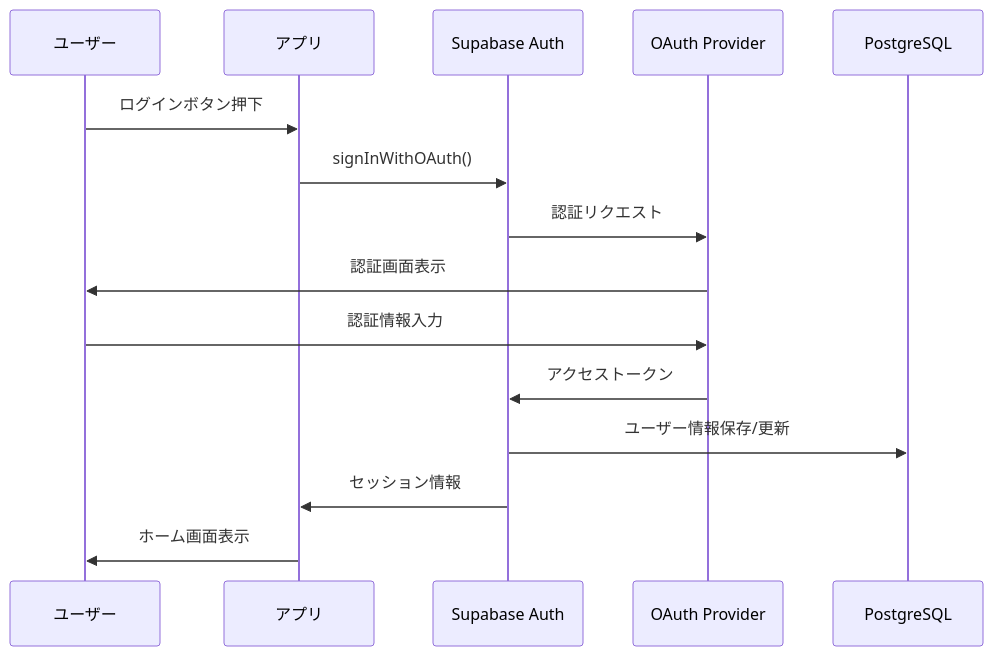
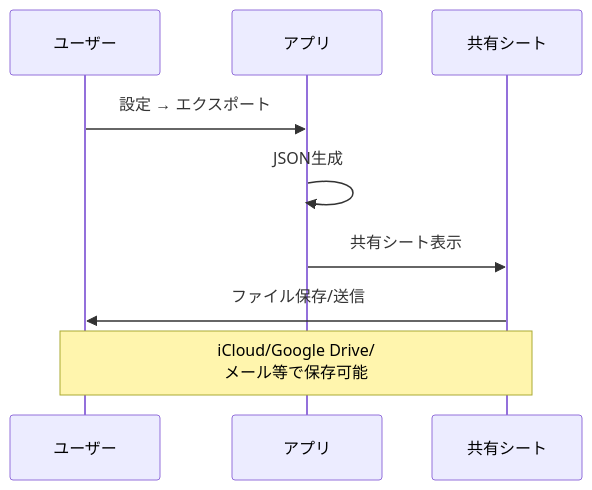
The third of 6 diagrams in docs/SYSTEM_ARCHITECTURE.md (Tetsuya4869/catDailyNoteApp), drawn with Mermaid before and after one commit. The commit also changed other lines of this file, not shown here.

First line of the commit message:
Simplify system architecture for small-scale free operation

````diff
--- a/docs/SYSTEM_ARCHITECTURE.md
+++ b/docs/SYSTEM_ARCHITECTURE.md
@@ -67,18 +74,13 @@
 ```mermaid
 sequenceDiagram
     participant User as ユーザー
     participant App as アプリ
-    participant Auth as Supabase Auth
-    participant OAuth as OAuth Provider
-    participant DB as PostgreSQL
+    participant Share as 共有シート
 
-    User->>App: ログインボタン押下
-    App->>Auth: signInWithOAuth()
-    Auth->>OAuth: 認証リクエスト
-    OAuth->>User: 認証画面表示
-    User->>OAuth: 認証情報入力
-    OAuth->>Auth: アクセストークン
-    Auth->>DB: ユーザー情報保存/更新
-    Auth->>App: セッション情報
-    App->>User: ホーム画面表示
+    User->>App: 設定 → エクスポート
+    App->>App: JSON生成
+    App->>Share: 共有シート表示
+    Share->>User: ファイル保存/送信
+    
+    Note over User,Share: iCloud/Google Drive/<br/>メール等で保存可能
 ```
````
